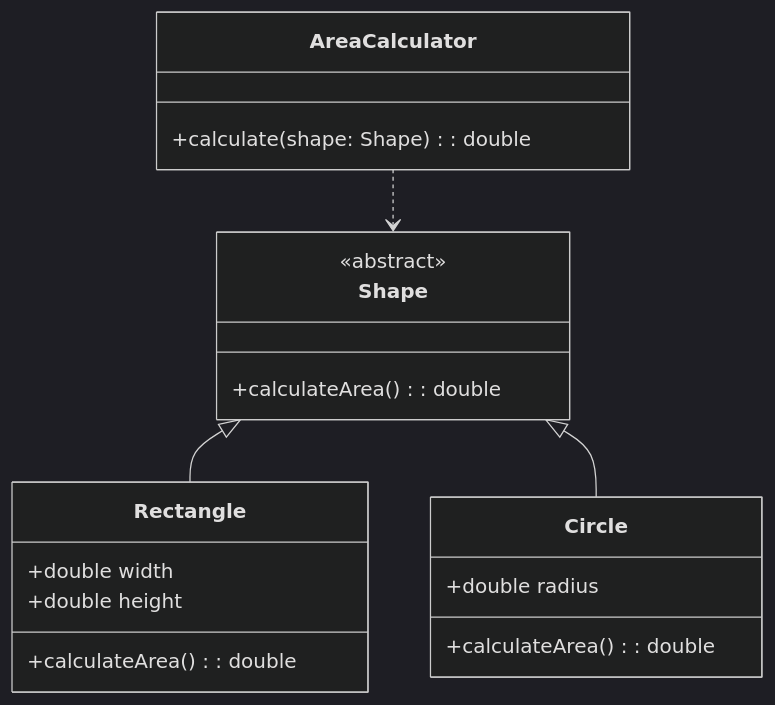
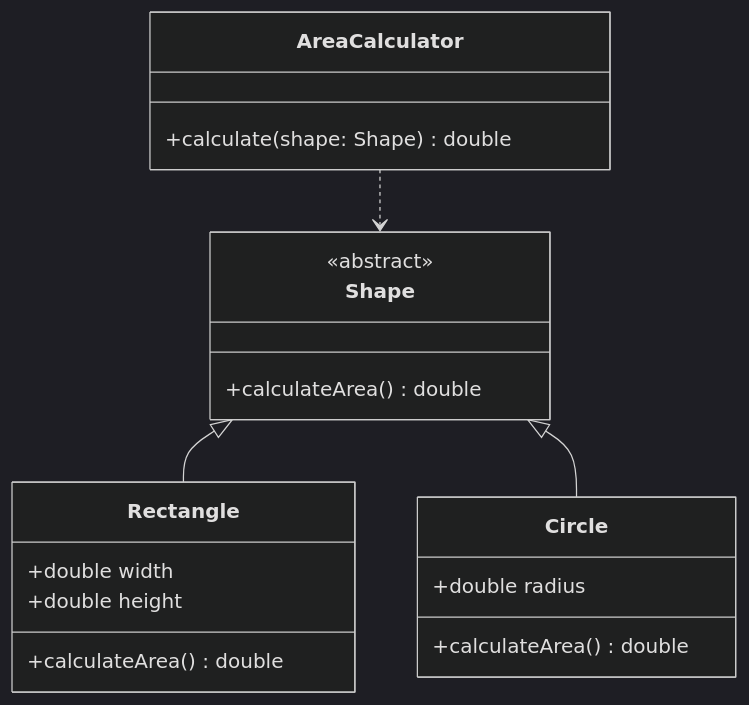
Before and after one commit to InfiniteAstral/notes: the fourth of 4 diagrams in 计算机科学/面向对象设计与Java编程/9 设计模式/9-2 设计原则.md, drawn with Mermaid (dark theme). The commit also changed other lines of this file, not shown here.

Commit message:
fix: mermaid class diagram extra colons 计算机科学/面向对象设计与Java编程/9 设计模式/9-2 设计原则.md

````diff
--- a/计算机科学/面向对象设计与Java编程/9 设计模式/9-2 设计原则.md
+++ b/计算机科学/面向对象设计与Java编程/9 设计模式/9-2 设计原则.md
@@ -96,23 +96,23 @@
 ```mermaid
 classDiagram
     class Shape {
         <<abstract>>
-        +calculateArea(): double
+        +calculateArea() double
     }
     class Rectangle {
         +double width
         +double height
-        +calculateArea(): double
+        +calculateArea() double
     }
     class Circle {
         +double radius
-        +calculateArea(): double
+        +calculateArea() double
     }
     class AreaCalculator {
-        +calculate(shape: Shape): double
+        +calculate(shape: Shape) double
     }
 
     Shape <|-- Rectangle
     Shape <|-- Circle
     AreaCalculator ..> Shape
 ```
````
